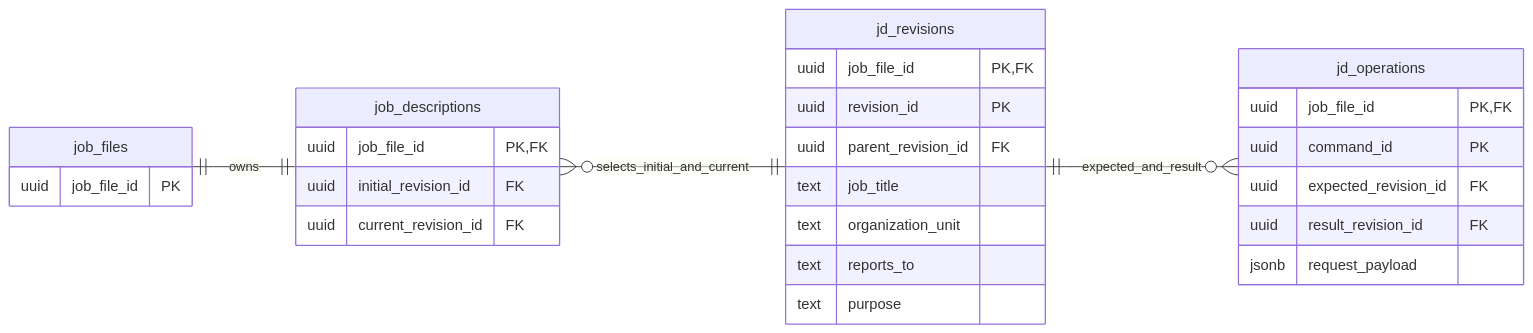
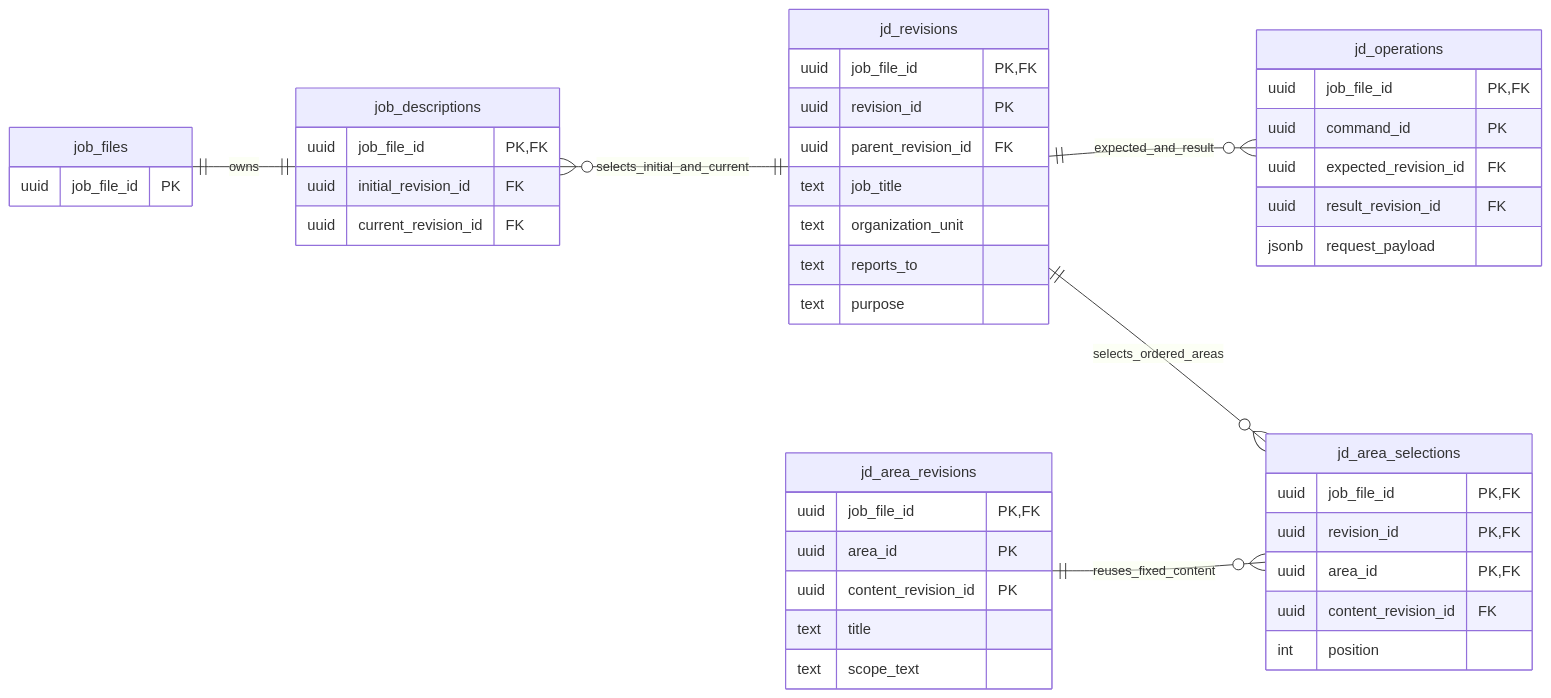
Before and after one commit to JD-Consultant/Caliburn: the first of 2 diagrams in docs/implementation/jd-storage.md, drawn with Mermaid. The commit also changed other lines of this file and 25 other files, not shown here.

Commit message:
feat(jd): preserve ordered responsibility area revisions

````diff
--- a/docs/implementation/jd-storage.md
+++ b/docs/implementation/jd-storage.md
@@ -24,31 +26,47 @@
 ```mermaid
 erDiagram
   direction LR
   job_files ||--|| job_descriptions : owns
   job_descriptions }o--|| jd_revisions : selects_initial_and_current
   jd_revisions ||--o{ jd_operations : expected_and_result
+  jd_revisions ||--o{ jd_area_selections : selects_ordered_areas
+  jd_area_revisions ||--o{ jd_area_selections : reuses_fixed_content
   job_files {
     uuid job_file_id PK
   }
   job_descriptions {
     uuid job_file_id PK,FK
     uuid initial_revision_id FK
     uuid current_revision_id FK
   }
   jd_revisions {
     uuid job_file_id PK,FK
     uuid revision_id PK
     uuid parent_revision_id FK
     text job_title
     text organization_unit
     text reports_to
     text purpose
   }
   jd_operations {
     uuid job_file_id PK,FK
     uuid command_id PK
     uuid expected_revision_id FK
     uuid result_revision_id FK
     jsonb request_payload
   }
+  jd_area_revisions {
+    uuid job_file_id PK,FK
+    uuid area_id PK
+    uuid content_revision_id PK
+    text title
+    text scope_text
+  }
+  jd_area_selections {
+    uuid job_file_id PK,FK
+    uuid revision_id PK,FK
+    uuid area_id PK,FK
+    uuid content_revision_id FK
+    int position
+  }
 ```
````
